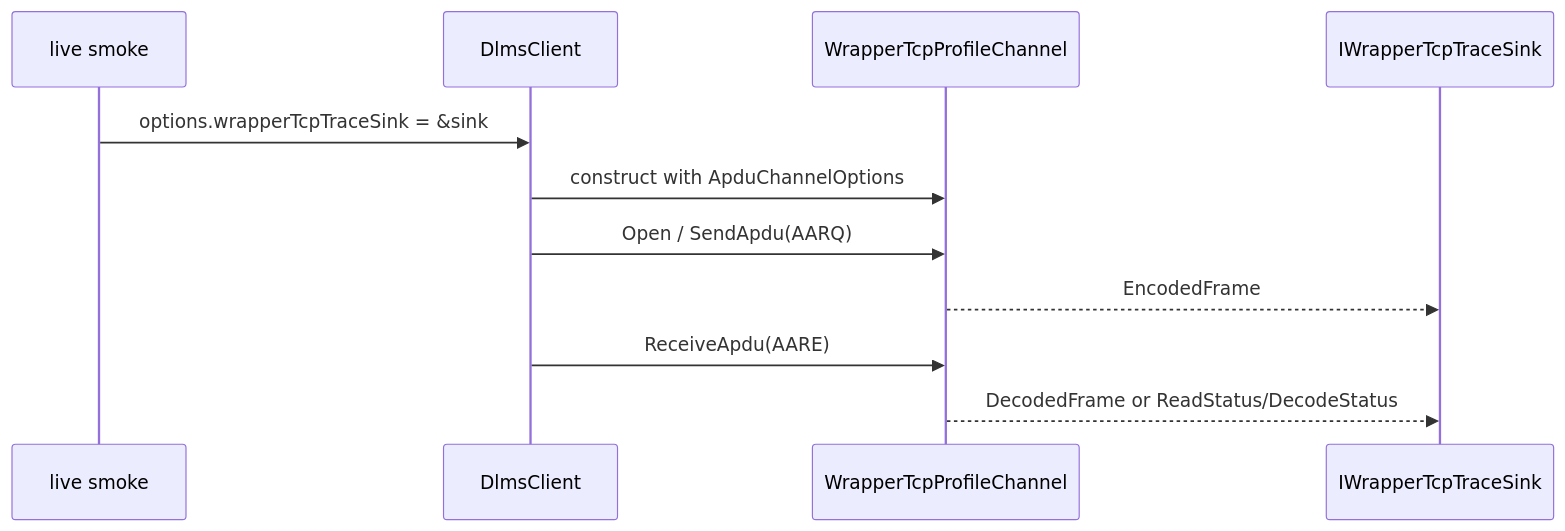
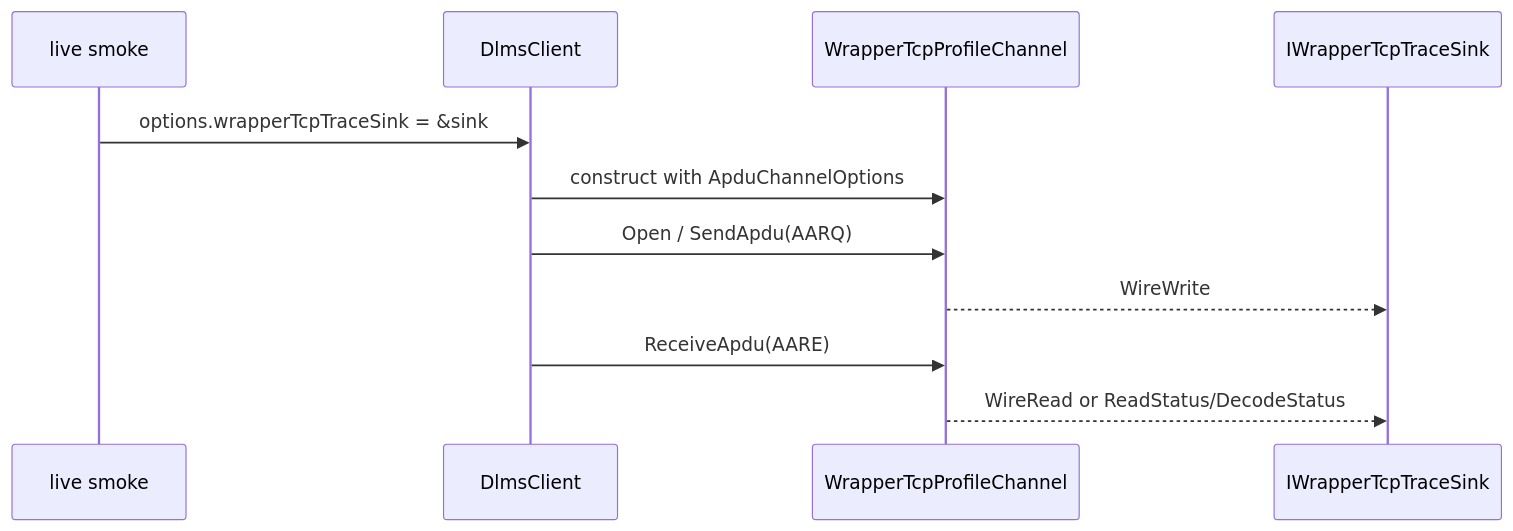
One commit to gvtret/dlms changed the second of 2 diagrams in lib/dlms-client/docs/10_wrapper_tcp_trace_plan.md. Above: the diagram before and after it, drawn with Mermaid. The commit also changed 4 other files, not shown here.

````diff
--- a/lib/dlms-client/docs/10_wrapper_tcp_trace_plan.md
+++ b/lib/dlms-client/docs/10_wrapper_tcp_trace_plan.md
@@ -59,14 +59,14 @@
 ```mermaid
 sequenceDiagram
   participant Tool as live smoke
   participant Client as DlmsClient
   participant Channel as WrapperTcpProfileChannel
   participant Sink as IWrapperTcpTraceSink
 
   Tool->>Client: options.wrapperTcpTraceSink = &sink
   Client->>Channel: construct with ApduChannelOptions
   Client->>Channel: Open / SendApdu(AARQ)
-  Channel-->>Sink: EncodedFrame
+  Channel-->>Sink: WireWrite
   Client->>Channel: ReceiveApdu(AARE)
-  Channel-->>Sink: DecodedFrame or ReadStatus/DecodeStatus
+  Channel-->>Sink: WireRead or ReadStatus/DecodeStatus
 ```
````
